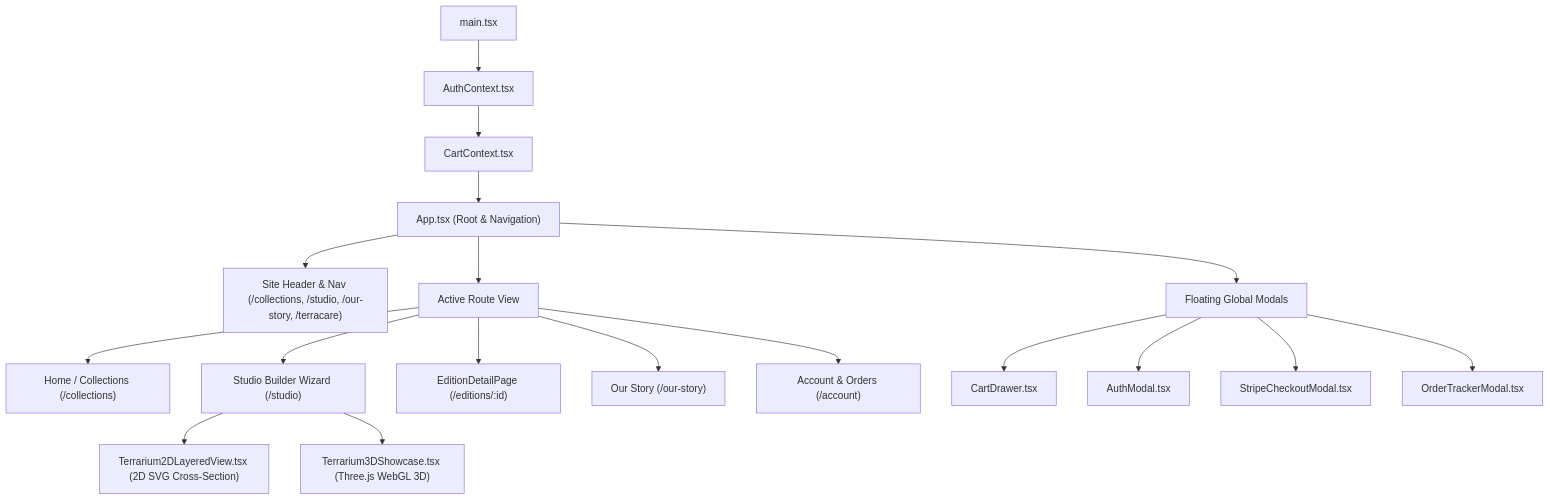
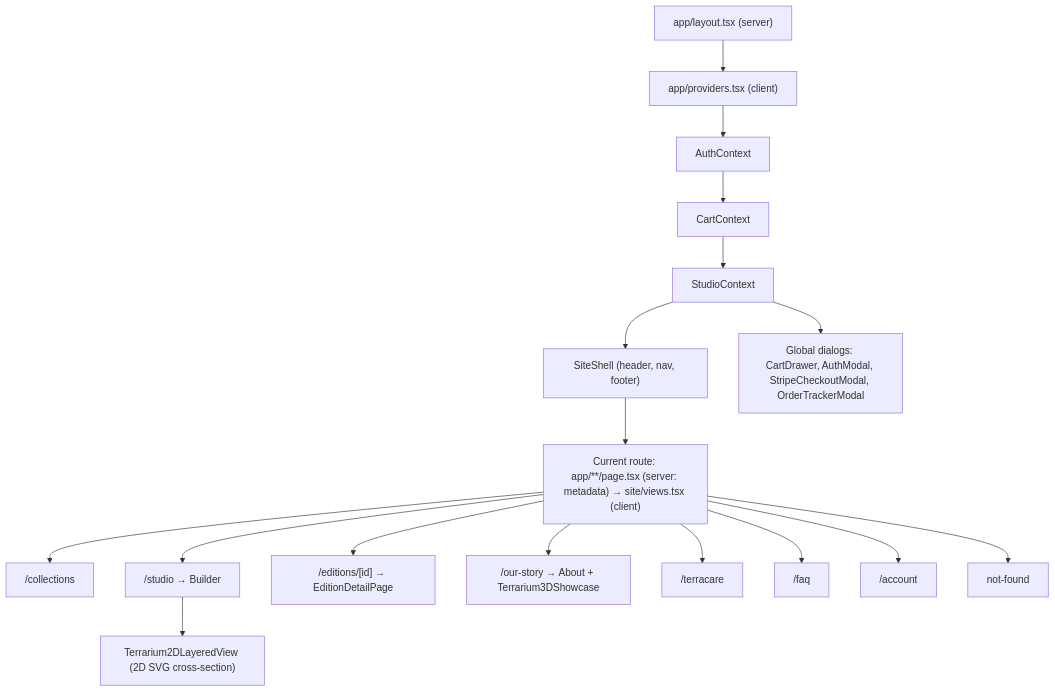
Before and after one commit to vickyadebona/verdant-terrarium-studio: the diagram in ARCHITECTURE.md, drawn with Mermaid. The commit also changed other lines of this file and 49 other files, not shown here.

First line of the commit message:
feat: move the site to Next.js 16 (App Router)

````diff
--- a/ARCHITECTURE.md
+++ b/ARCHITECTURE.md
@@ -55,25 +73,19 @@
 ```mermaid
 flowchart TD
-    Main["main.tsx"]
-    Main --> AuthP["AuthContext.tsx"]
-    AuthP --> CartP["CartContext.tsx"]
-    CartP --> App["App.tsx (Root & Navigation)"]
+    Layout["app/layout.tsx (server)"] --> Providers["app/providers.tsx (client)"]
+    Providers --> AuthP["AuthContext"] --> CartP["CartContext"] --> StudioP["StudioContext"]
+    StudioP --> Shell["SiteShell (header, nav, footer)"]
+    StudioP --> Modals["Global dialogs: CartDrawer, AuthModal, StripeCheckoutModal, OrderTrackerModal"]
 
-    App --> TopHeader["Site Header & Nav (/collections, /studio, /our-story, /terracare)"]
-    App --> RouteView["Active Route View"]
+    Shell --> Route["Current route: app/**/page.tsx (server: metadata) → site/views.tsx (client)"]
+    Route --> Collections["/collections"]
+    Route --> Studio["/studio → Builder"]
+    Route --> Editions["/editions/[id] → EditionDetailPage"]
+    Route --> Story["/our-story → About + Terrarium3DShowcase"]
+    Route --> Care["/terracare"]
+    Route --> Faq["/faq"]
+    Route --> Account["/account"]
+    Route --> NotFound["not-found"]
 
-    RouteView --> HomeView["Home / Collections (/collections)"]
-    RouteView --> BuilderWizard["Studio Builder Wizard (/studio)"]
-    RouteView --> EditionDetail["EditionDetailPage (/editions/:id)"]
-    RouteView --> StoryView["Our Story (/our-story)"]
-    RouteView --> AccountView["Account & Orders (/account)"]
-
-    BuilderWizard --> View2D["Terrarium2DLayeredView.tsx (2D SVG Cross-Section)"]
-    BuilderWizard --> View3D["Terrarium3DShowcase.tsx (Three.js WebGL 3D)"]
-
-    App --> Modals["Floating Global Modals"]
-    Modals --> CartD["CartDrawer.tsx"]
-    Modals --> AuthM["AuthModal.tsx"]
-    Modals --> StripeM["StripeCheckoutModal.tsx"]
-    Modals --> OrderM["OrderTrackerModal.tsx"]
+    Studio --> View2D["Terrarium2DLayeredView (2D SVG cross-section)"]
 ```
````
